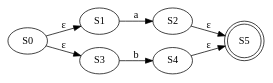
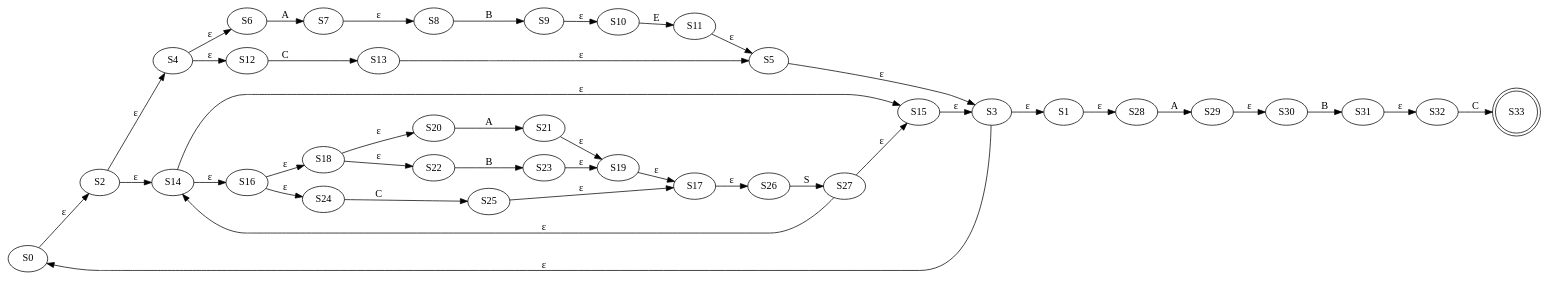
Before and after one commit to Mamdouh-Attia/regex_NFA_DFA_generator: the diagram in regex_to_min_dfa/Digraph.gv, drawn with Graphviz. The commit also changed 12 other files, not shown here.

```diff
--- a/regex_to_min_dfa/Digraph.gv
+++ b/regex_to_min_dfa/Digraph.gv
@@ -1,15 +1,77 @@
 digraph {
 	graph [rankdir=LR]
 	S0
-	S5 [shape=doublecircle]
 	S1
 	S2
 	S3
 	S4
-	S0 -> S1 [label="ε"]
-	S0 -> S3 [label="ε"]
-	S1 -> S2 [label=a]
-	S2 -> S5 [label="ε"]
-	S3 -> S4 [label=b]
-	S4 -> S5 [label="ε"]
+	S5
+	S6
+	S7
+	S8
+	S9
+	S10
+	S11
+	S12
+	S13
+	S14
+	S15
+	S16
+	S17
+	S18
+	S19
+	S20
+	S21
+	S22
+	S23
+	S24
+	S25
+	S26
+	S27
+	S28
+	S29
+	S30
+	S31
+	S32
+	S33 [shape=doublecircle]
+	S0 -> S2 [label="ε"]
+	S1 -> S28 [label="ε"]
+	S2 -> S4 [label="ε"]
+	S2 -> S14 [label="ε"]
+	S3 -> S1 [label="ε"]
+	S3 -> S0 [label="ε"]
+	S4 -> S6 [label="ε"]
+	S4 -> S12 [label="ε"]
+	S5 -> S3 [label="ε"]
+	S6 -> S7 [label=A]
+	S7 -> S8 [label="ε"]
+	S8 -> S9 [label=B]
+	S9 -> S10 [label="ε"]
+	S10 -> S11 [label=E]
+	S11 -> S5 [label="ε"]
+	S12 -> S13 [label=C]
+	S13 -> S5 [label="ε"]
+	S14 -> S16 [label="ε"]
+	S14 -> S15 [label="ε"]
+	S15 -> S3 [label="ε"]
+	S16 -> S18 [label="ε"]
+	S16 -> S24 [label="ε"]
+	S17 -> S26 [label="ε"]
+	S18 -> S20 [label="ε"]
+	S18 -> S22 [label="ε"]
+	S19 -> S17 [label="ε"]
+	S20 -> S21 [label=A]
+	S21 -> S19 [label="ε"]
+	S22 -> S23 [label=B]
+	S23 -> S19 [label="ε"]
+	S24 -> S25 [label=C]
+	S25 -> S17 [label="ε"]
+	S26 -> S27 [label=S]
+	S27 -> S14 [label="ε"]
+	S27 -> S15 [label="ε"]
+	S28 -> S29 [label=A]
+	S29 -> S30 [label="ε"]
+	S30 -> S31 [label=B]
+	S31 -> S32 [label="ε"]
+	S32 -> S33 [label=C]
 }
```
